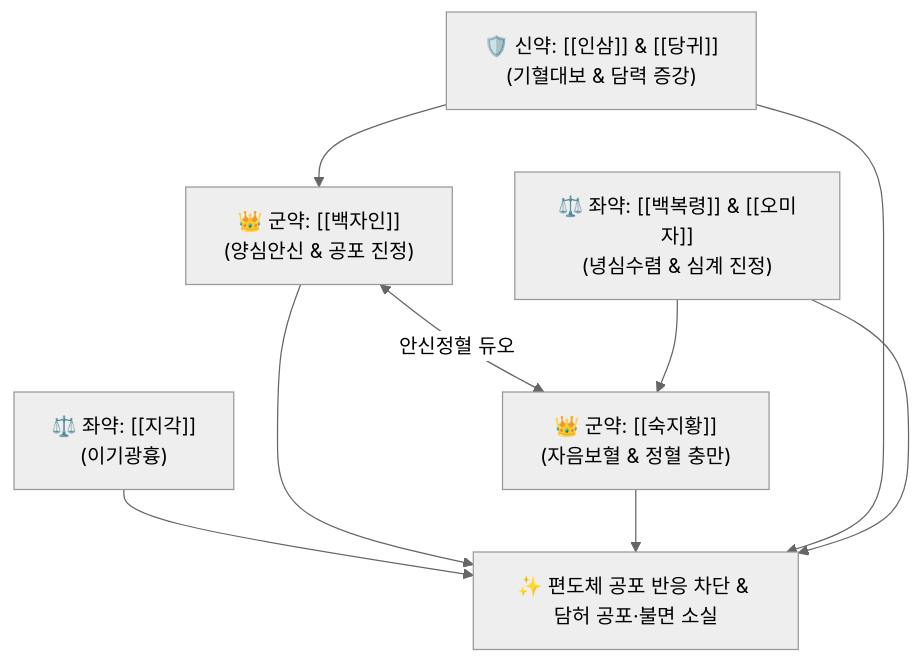
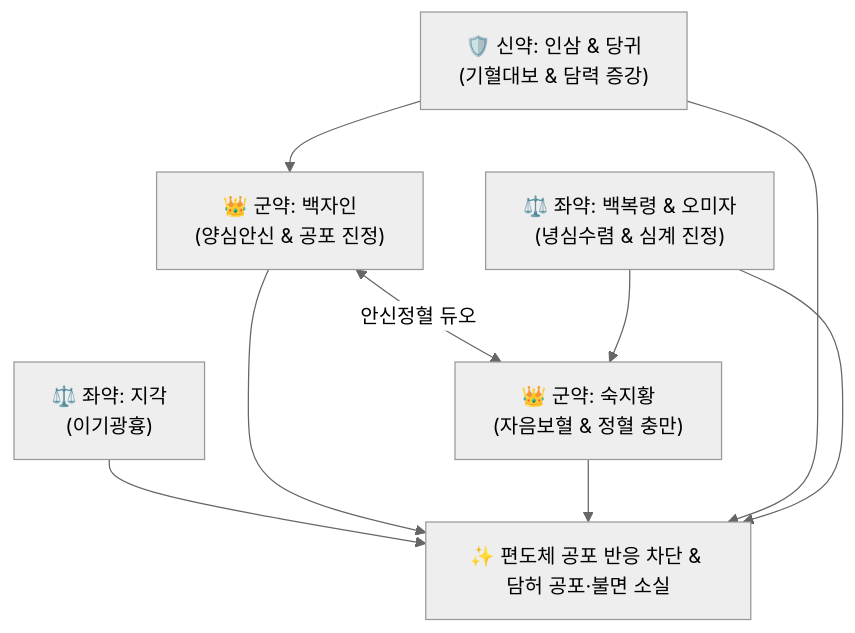
One commit to simbio11/simbio-digital-garden2 changed the diagram in content/2. 약리 공부/처방/02_보익제/인숙산.md. Above: the diagram before and after it, drawn with Mermaid (neutral theme). The commit also changed other lines of this file and 323 other files, not shown here.

````diff
--- a/content/2. 약리 공부/처방/02_보익제/인숙산.md
+++ b/content/2. 약리 공부/처방/02_보익제/인숙산.md
@@ -46,8 +49,8 @@
 ```mermaid
 graph TD
-    BJI["👑 군약: [[백자인]]<br>(양심안신 & 공포 진정)"] <-->|안신정혈 듀오| SJH["👑 군약: [[숙지황]]<br>(자음보혈 & 정혈 충만)"]
-    IS["🛡️ 신약: [[인삼]] & [[당귀]]<br>(기혈대보 & 담력 증강)"] --> BJI
-    BL["⚖️ 좌약: [[백복령]] & [[오미자]]<br>(녕심수렴 & 심계 진정)"] --> SJH
-    JG["⚖️ 좌약: [[지각]]<br>(이기광흉)"] --> Target["✨ 편도체 공포 반응 차단 & 담허 공포·불면 소실"]
+    BJI["👑 군약: 백자인<br>(양심안신 & 공포 진정)"] <-->|안신정혈 듀오| SJH["👑 군약: 숙지황<br>(자음보혈 & 정혈 충만)"]
+    IS["🛡️ 신약: 인삼 & 당귀<br>(기혈대보 & 담력 증강)"] --> BJI
+    BL["⚖️ 좌약: 백복령 & 오미자<br>(녕심수렴 & 심계 진정)"] --> SJH
+    JG["⚖️ 좌약: 지각<br>(이기광흉)"] --> Target["✨ 편도체 공포 반응 차단 & 담허 공포·불면 소실"]
     BJI & SJH & IS & BL --> Target
 ```
````
